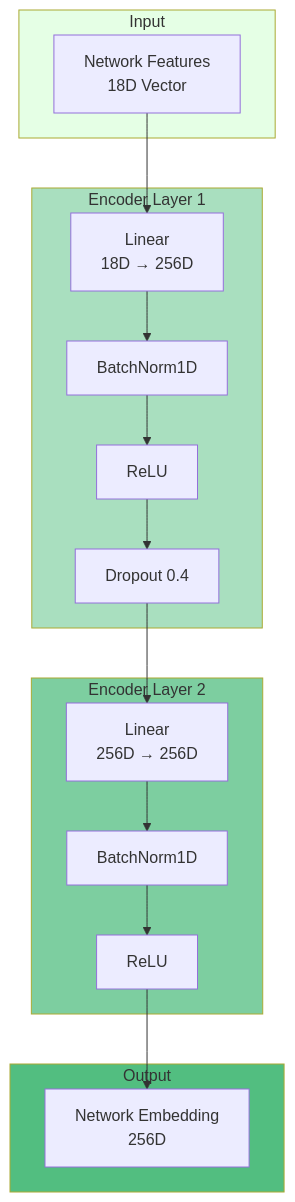
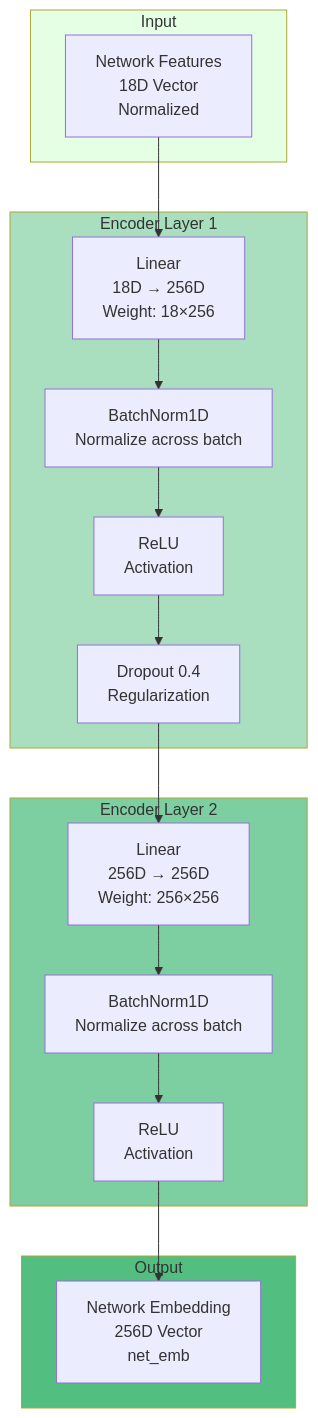
Before and after one commit to Federated-ICS/Predection: the sixth of 13 diagrams in docs/GNN_MODEL_ARCHITECTURE.md, drawn with Mermaid. The commit also changed other lines of this file and 4 other files, not shown here.

````diff
--- a/docs/GNN_MODEL_ARCHITECTURE.md
+++ b/docs/GNN_MODEL_ARCHITECTURE.md
@@ -240,37 +314,37 @@
 ```mermaid
 graph TB
     subgraph Input["Input"]
-        A[Network Features<br/>18D Vector]
+        A[Network Features<br/>18D Vector<br/>Normalized]
     end
     
     subgraph Layer1["Encoder Layer 1"]
-        B[Linear<br/>18D → 256D]
-        C[BatchNorm1D]
-        D[ReLU]
-        E[Dropout 0.4]
+        B[Linear<br/>18D → 256D<br/>Weight: 18×256]
+        C[BatchNorm1D<br/>Normalize across batch]
+        D[ReLU<br/>Activation]
+        E[Dropout 0.4<br/>Regularization]
     end
     
     subgraph Layer2["Encoder Layer 2"]
-        F[Linear<br/>256D → 256D]
-        G[BatchNorm1D]
-        H[ReLU]
+        F[Linear<br/>256D → 256D<br/>Weight: 256×256]
+        G[BatchNorm1D<br/>Normalize across batch]
+        H[ReLU<br/>Activation]
     end
     
     subgraph Output["Output"]
-        I[Network Embedding<br/>256D]
+        I[Network Embedding<br/>256D Vector<br/>net_emb]
     end
     
     A --> B
     B --> C
     C --> D
     D --> E
     E --> F
     F --> G
     G --> H
     H --> I
     
     style Input fill:#E5FFE5
     style Layer1 fill:#A9DFBF
     style Layer2 fill:#7DCEA0
     style Output fill:#52BE80
 ```
````
